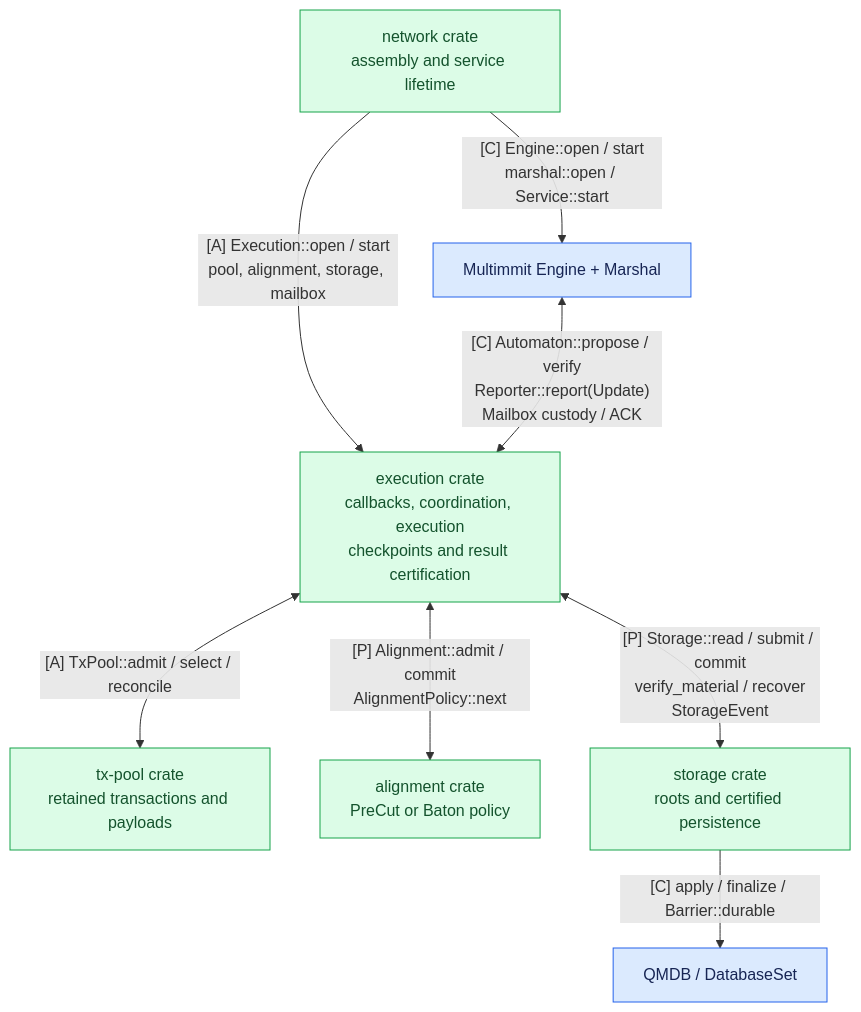
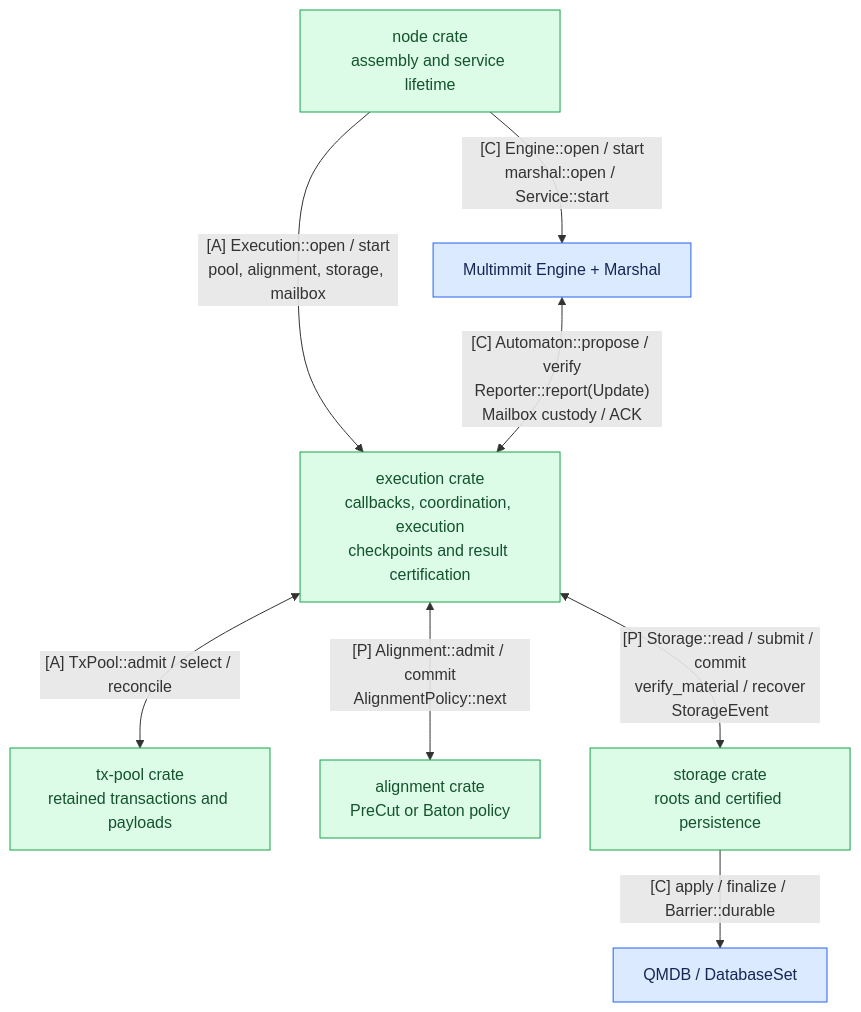
One commit to djm07073/baton changed the diagram in docs/01-overview/01-architecture.md. Above: the diagram before and after it, drawn with Mermaid. The commit also changed other lines of this file and 33 other files, not shown here.

Commit message:
refactor: rename network crate to node

````diff
--- a/docs/01-overview/01-architecture.md
+++ b/docs/01-overview/01-architecture.md
@@ -9,14 +9,14 @@
 ```mermaid
 flowchart TB
-    W["network crate<br/>assembly and service lifetime"] -->|"[C] Engine::open / start<br/>marshal::open / Service::start"| N["Multimmit Engine + Marshal"]
+    W["node crate<br/>assembly and service lifetime"] -->|"[C] Engine::open / start<br/>marshal::open / Service::start"| N["Multimmit Engine + Marshal"]
     W -->|"[A] Execution::open / start<br/>pool, alignment, storage, mailbox"| E
     N <-->|"[C] Automaton::propose / verify<br/>Reporter::report(Update)<br/>Mailbox custody / ACK"| E["execution crate<br/>callbacks, coordination, execution<br/>checkpoints and result certification"]
     E <-->|"[A] TxPool::admit / select / reconcile"| P["tx-pool crate<br/>retained transactions and payloads"]
     E <-->|"[P] Alignment::admit / commit<br/>AlignmentPolicy::next"| A["alignment crate<br/>PreCut or Baton policy"]
     E <-->|"[P] Storage::read / submit / commit<br/>verify_material / recover<br/>StorageEvent"| S["storage crate<br/>roots and certified persistence"]
     S -->|"[C] apply / finalize / Barrier::durable"| Q["QMDB / DatabaseSet"]
     classDef reuse fill:#dbeafe,stroke:#2563eb,color:#172554;
     classDef app fill:#dcfce7,stroke:#16a34a,color:#14532d;
     class N,Q reuse;
     class W,E,P,A,S app;
 ```
````
